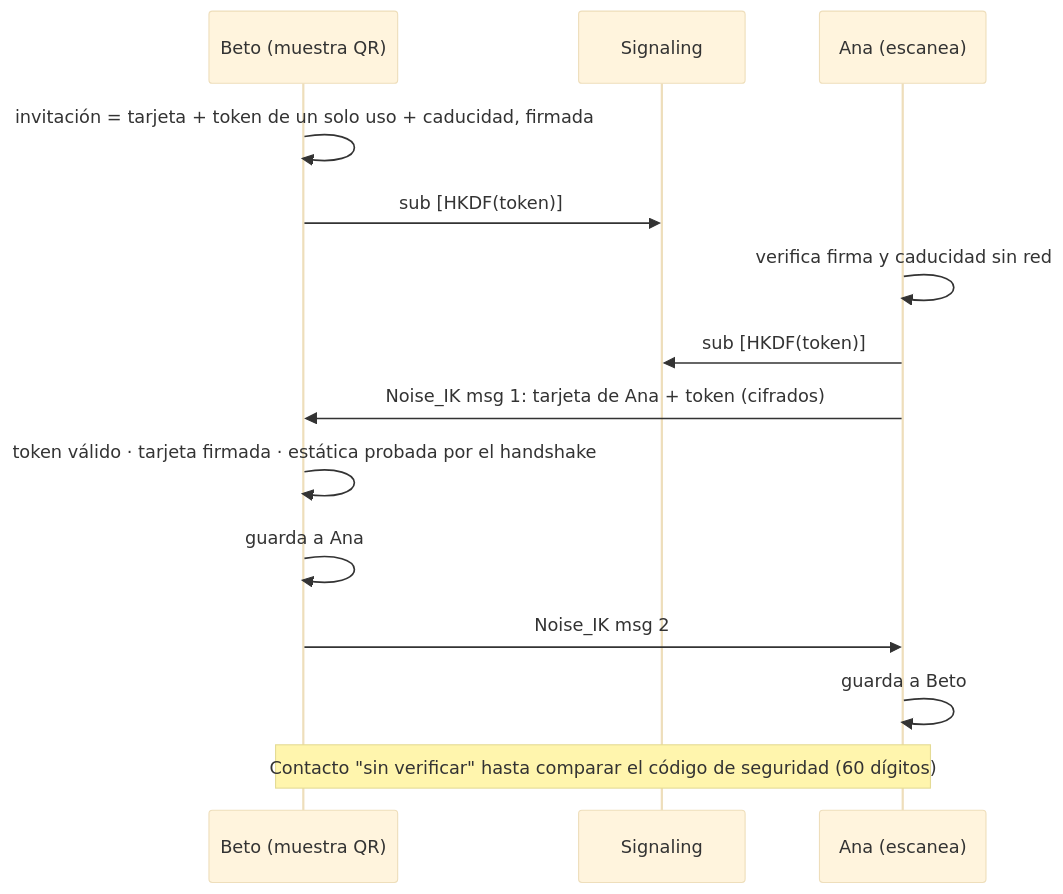
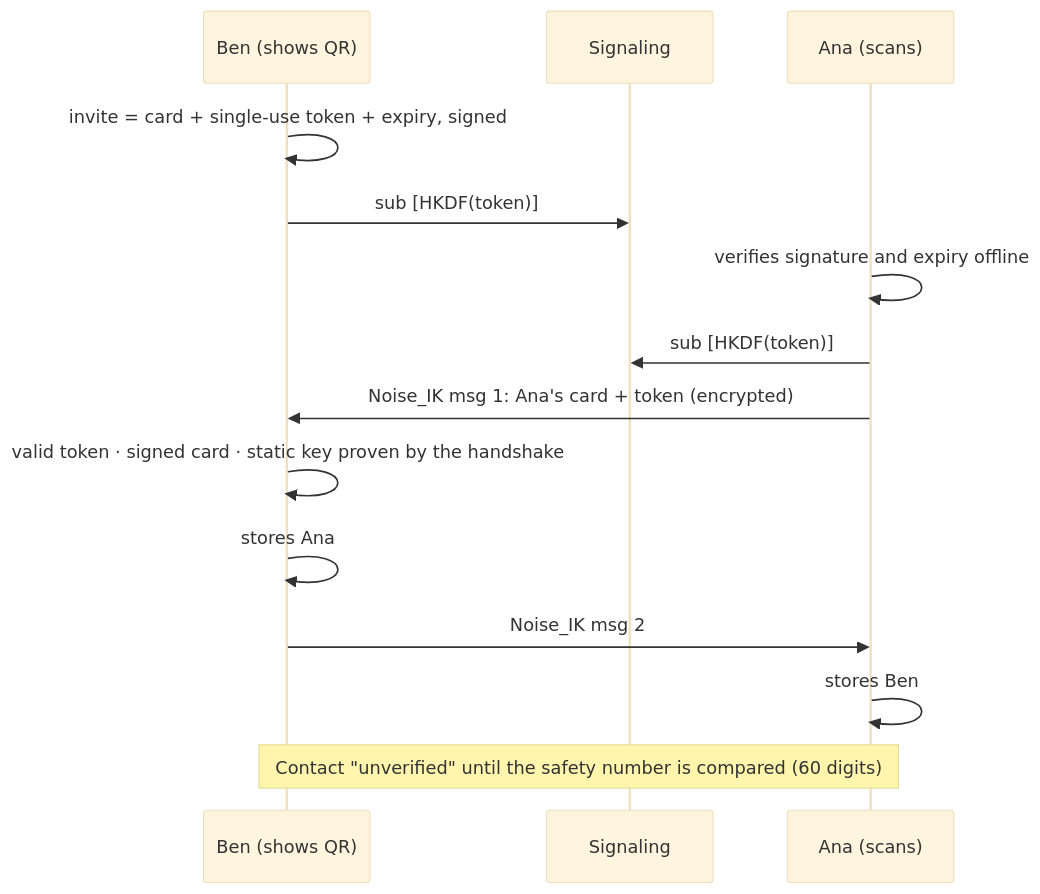
One commit to fsoftt/Murmur changed the third of 4 diagrams in README.md. Above: the diagram before and after it, drawn with Mermaid (base theme). The commit also changed other lines of this file and 1 other file, not shown here.

````diff
--- a/README.md
+++ b/README.md
@@ -132,16 +157,16 @@
 ```mermaid
 sequenceDiagram
-    participant TB as Beto (muestra QR)
+    participant TB as Ben (shows QR)
     participant S as Signaling
-    participant TA as Ana (escanea)
-    TB->>TB: invitación = tarjeta + token de un solo uso + caducidad, firmada
+    participant TA as Ana (scans)
+    TB->>TB: invite = card + single-use token + expiry, signed
     TB->>S: sub [HKDF(token)]
-    TA->>TA: verifica firma y caducidad sin red
+    TA->>TA: verifies signature and expiry offline
     TA->>S: sub [HKDF(token)]
-    TA->>TB: Noise_IK msg 1: tarjeta de Ana + token (cifrados)
-    TB->>TB: token válido · tarjeta firmada · estática probada por el handshake
-    TB->>TB: guarda a Ana
+    TA->>TB: Noise_IK msg 1: Ana's card + token (encrypted)
+    TB->>TB: valid token · signed card · static key proven by the handshake
+    TB->>TB: stores Ana
     TB->>TA: Noise_IK msg 2
-    TA->>TA: guarda a Beto
-    Note over TA,TB: Contacto "sin verificar" hasta comparar el código de seguridad (60 dígitos)
+    TA->>TA: stores Ben
+    Note over TA,TB: Contact "unverified" until the safety number is compared (60 digits)
 ```
````
